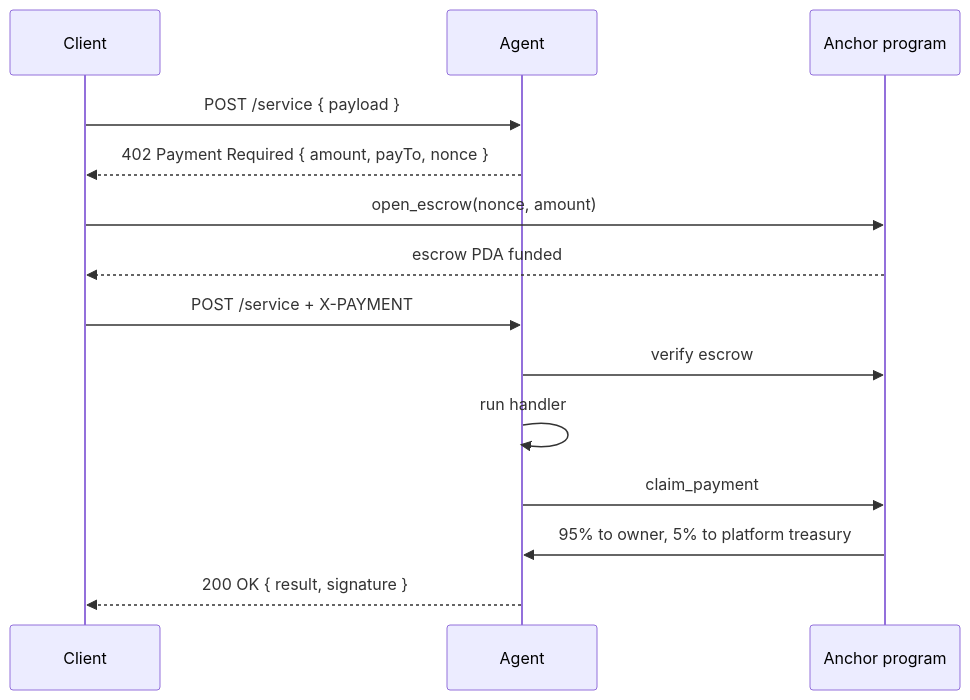
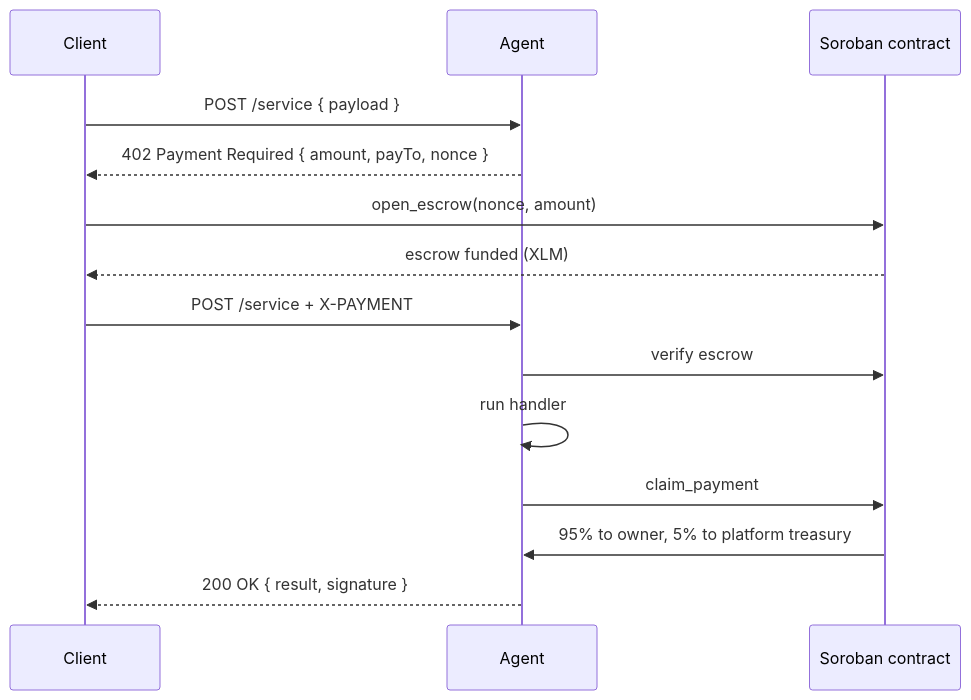
Before and after one commit to CoKeFish/kiba: the second of 2 diagrams in README.md, drawn with Mermaid. The commit also changed other lines of this file and 52 other files, not shown here.

First line of the commit message:
docs+assets: Stellar/Soroban README & architecture + kiba raster

````diff
--- a/README.md
+++ b/README.md
@@ -99,17 +101,17 @@
 ```mermaid
 sequenceDiagram
     participant C as Client
     participant A as Agent
-    participant SC as Anchor program
+    participant SC as Soroban contract
 
     C->>A: POST /service { payload }
     A-->>C: 402 Payment Required { amount, payTo, nonce }
     C->>SC: open_escrow(nonce, amount)
-    SC-->>C: escrow PDA funded
+    SC-->>C: escrow funded (XLM)
     C->>A: POST /service + X-PAYMENT
     A->>SC: verify escrow
     A->>A: run handler
     A->>SC: claim_payment
     SC->>A: 95% to owner, 5% to platform treasury
     A-->>C: 200 OK { result, signature }
 ```
````
